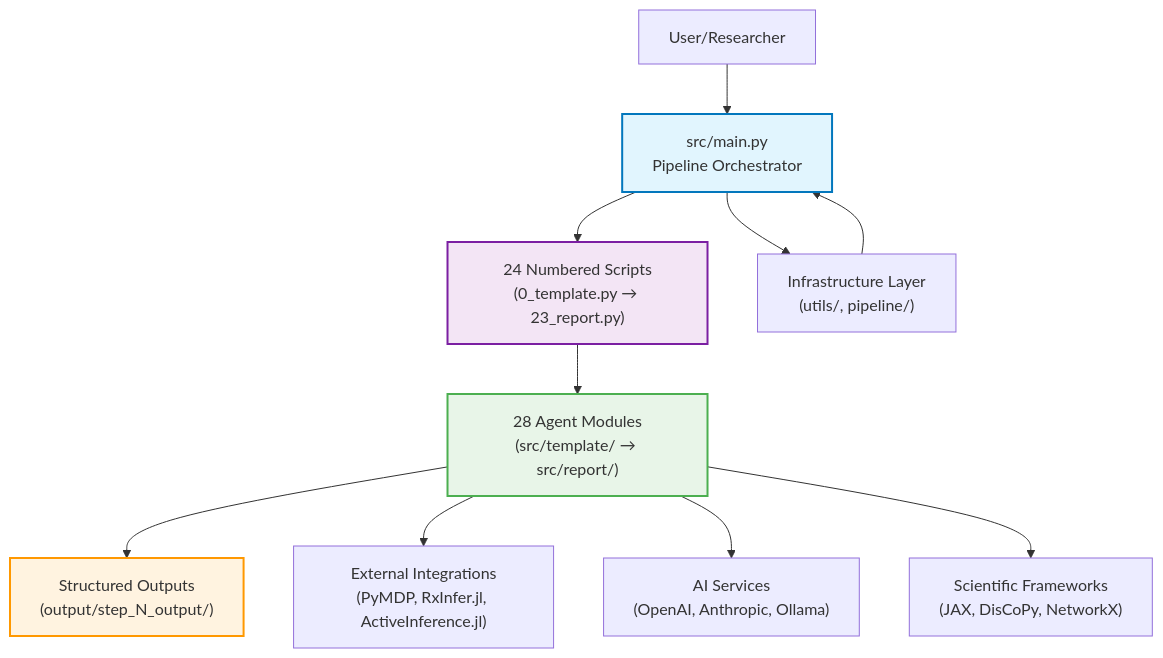
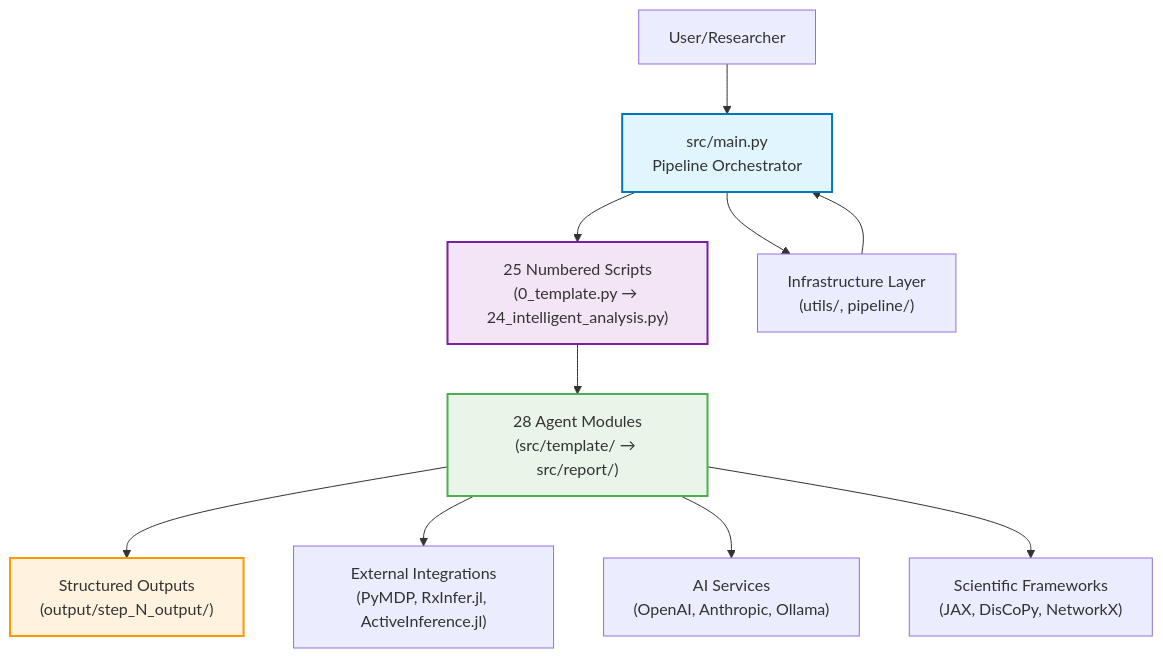
Before and after one commit to ActiveInferenceInstitute/GeneralizedNotationNotation: the first of 7 diagrams in ARCHITECTURE.md, drawn with Mermaid. The commit also changed other lines of this file and 10 other files, not shown here.

````diff
--- a/ARCHITECTURE.md
+++ b/ARCHITECTURE.md
@@ -39,19 +39,19 @@
 ```mermaid
 graph TB
   A["User/Researcher"] --> B["src/main.py<br/>Pipeline Orchestrator"]
-  B --> C["24 Numbered Scripts<br/>(0_template.py → 23_report.py)"]
+  B --> C["25 Numbered Scripts<br/>(0_template.py → 24_intelligent_analysis.py)"]
   C --> D["28 Agent Modules<br/>(src/template/ → src/report/)"]
   D --> E["Structured Outputs<br/>(output/step_N_output/)"]
 
   B --> F["Infrastructure Layer<br/>(utils/, pipeline/)"]
   F --> B
 
   D --> G["External Integrations<br/>(PyMDP, RxInfer.jl, ActiveInference.jl)"]
   D --> H["AI Services<br/>(OpenAI, Anthropic, Ollama)"]
   D --> I["Scientific Frameworks<br/>(JAX, DisCoPy, NetworkX)"]
 
   style B fill:#e1f5fe,stroke:#0277bd,stroke-width:2px
   style C fill:#f3e5f5,stroke:#7b1fa2,stroke-width:2px
   style D fill:#e8f5e8,stroke:#4caf50,stroke-width:2px
   style E fill:#fff3e0,stroke:#ff9800,stroke-width:2px
 ```
````
